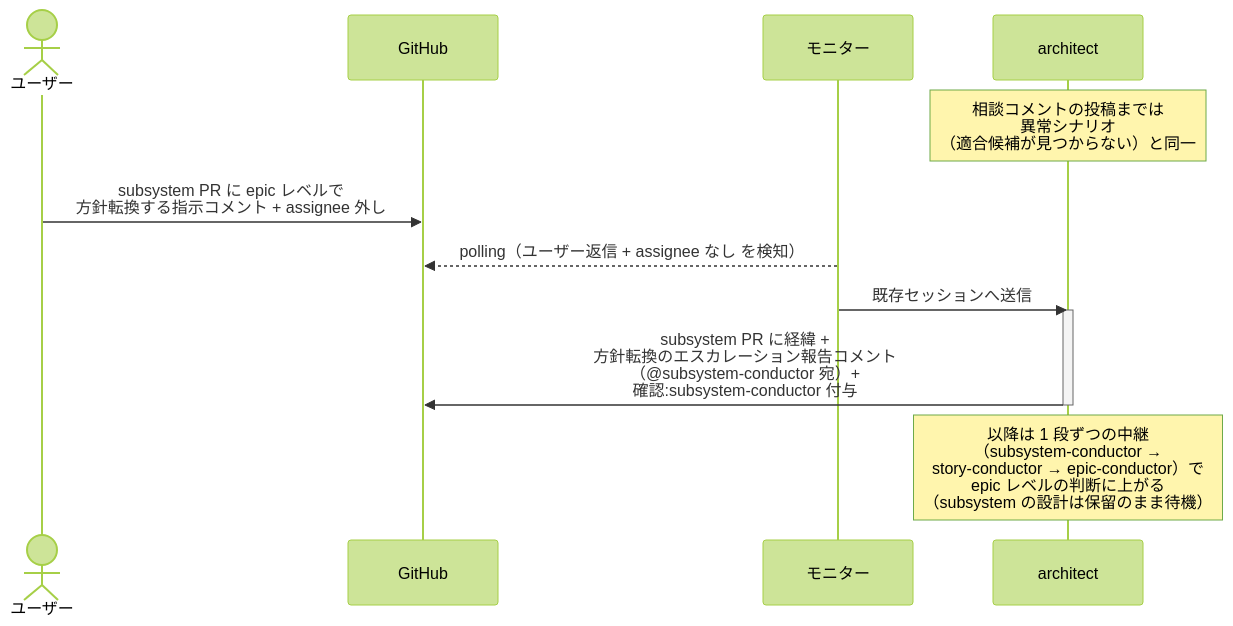
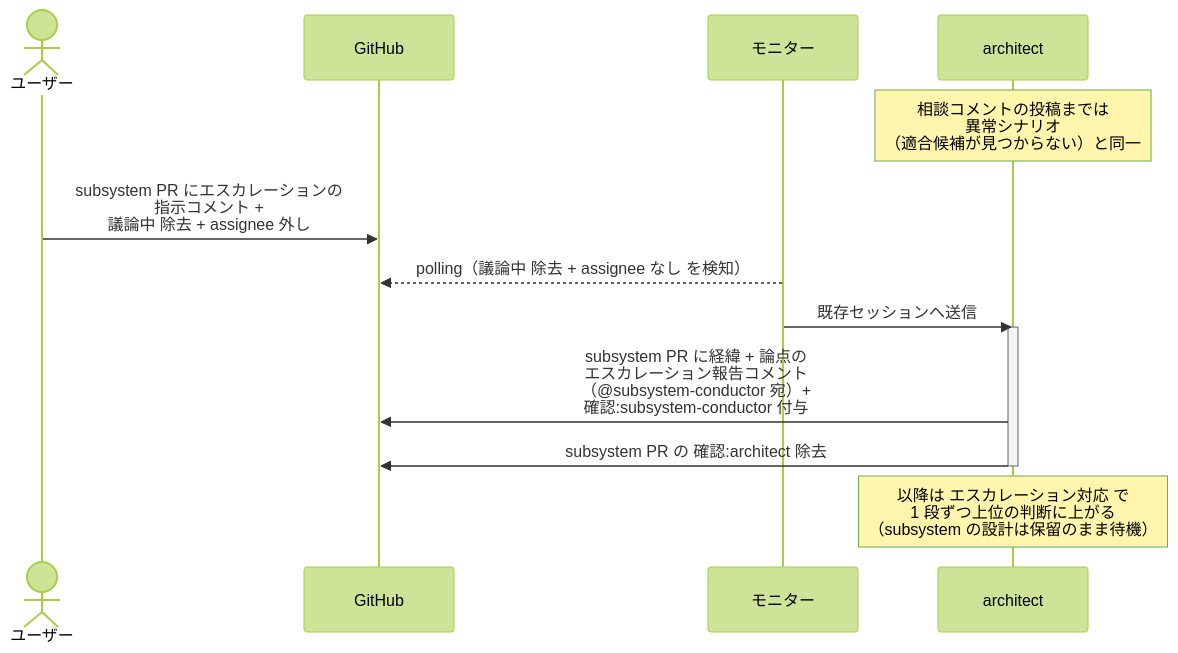
One commit to shuhei1101/ai-monitor changed the fifth of 5 diagrams in docs/wiki/設計図/シナリオ/単一ユースケース/ライブラリ選定.md. Above: the diagram before and after it, drawn with Mermaid (forest theme). The commit also changed other lines of this file and 31 other files, not shown here.

````diff
--- a/docs/wiki/設計図/シナリオ/単一ユースケース/ライブラリ選定.md
+++ b/docs/wiki/設計図/シナリオ/単一ユースケース/ライブラリ選定.md
@@ -271,16 +272,17 @@
 ```mermaid
 sequenceDiagram
   actor U as ユーザー
   participant GH as GitHub
   participant ORC as モニター
   participant MON as architect
 
   Note over MON: 相談コメントの投稿までは<br>異常シナリオ<br>（適合候補が見つからない）と同一
-  U->>GH: subsystem PR に epic レベルで<br>方針転換する指示コメント + assignee 外し
-  ORC-->>GH: polling（ユーザー返信 + assignee なし を検知）
+  U->>GH: subsystem PR にエスカレーションの<br>指示コメント +<br>議論中 除去 + assignee 外し
+  ORC-->>GH: polling（議論中 除去 + assignee なし を検知）
   ORC->>MON: 既存セッションへ送信
   activate MON
-  MON->>GH: subsystem PR に経緯 +<br>方針転換のエスカレーション報告コメント<br>（@subsystem-conductor 宛）+<br>確認:subsystem-conductor 付与
+  MON->>GH: subsystem PR に経緯 + 論点の<br>エスカレーション報告コメント<br>（@subsystem-conductor 宛）+<br>確認:subsystem-conductor 付与
+  MON->>GH: subsystem PR の 確認:architect 除去
   deactivate MON
-  Note over MON: 以降は 1 段ずつの中継<br>（subsystem-conductor →<br>story-conductor → epic-conductor）で<br>epic レベルの判断に上がる<br>（subsystem の設計は保留のまま待機）
+  Note over MON: 以降は エスカレーション対応 で<br>1 段ずつ上位の判断に上がる<br>（subsystem の設計は保留のまま待機）
 ```
````
